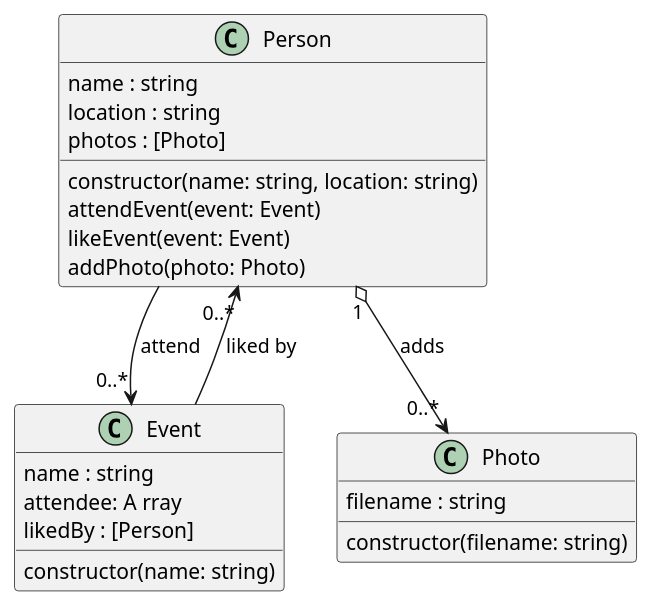
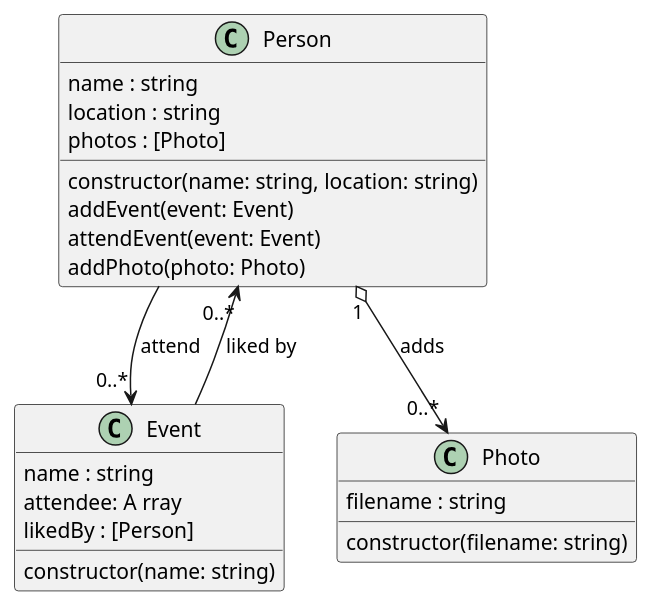
One commit to sinemyb/yogamed changed the diagram in architecture/class.puml. Above: the diagram before and after it, drawn with PlantUML. The commit also changed 4 other files, not shown here.

Commit message:
Add puml to architecture folder

```diff
--- a/architecture/class.puml
+++ b/architecture/class.puml
@@ -1,28 +1,28 @@
 @startuml Yogamed Class Diagram
 class Person {
     name : string
     location : string 
     photos : [Photo]
     constructor(name: string, location: string)
+    addEvent(event: Event)
     attendEvent(event: Event)
-    likeEvent(event: Event)
     addPhoto(photo: Photo)
 }
 
 class Event {
     name : string
     constructor(name: string)
     attendee: A rray
     likedBy : [Person]
 }
 
 class Photo {
     filename : string
     constructor(filename: string)
 }
 
 Person "1" o--> "0..*" Photo : adds
 Event --> "0..*" Person : liked by
 Person --> "0..*" Event : attend
 
 @enduml
```
